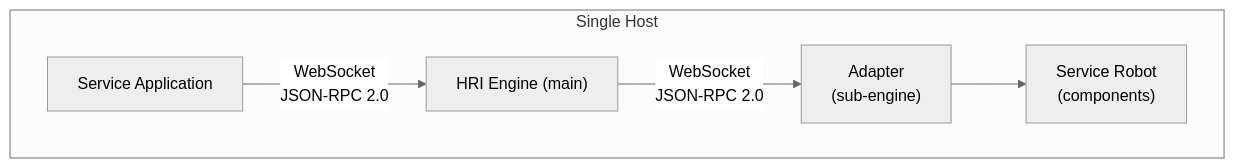
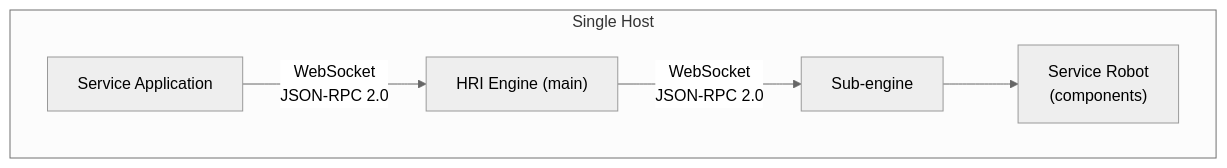
Before and after one commit to openrois/openrois: the eighth of 17 diagrams in docs/white-paper.md, drawn with Mermaid (neutral theme). The commit also changed other lines of this file and 48 other files, not shown here.

First line of the commit message:
docs: align architecture diagram and terminology across public docs

````diff
--- a/docs/white-paper.md
+++ b/docs/white-paper.md
@@ -1265,12 +1285,12 @@
 ```mermaid
 flowchart TB
     subgraph Host["Single Host"]
         App["Service Application"]
         GW["HRI Engine (main)"]
-        Adapter["Adapter<br/>(sub-engine)"]
+        SubEngine["Sub-engine"]
         Robot["Service Robot<br/>(components)"]
         App -->|"WebSocket<br/>JSON-RPC 2.0"| GW
-        GW -->|"WebSocket<br/>JSON-RPC 2.0"| Adapter
-        Adapter --> Robot
+        GW -->|"WebSocket<br/>JSON-RPC 2.0"| SubEngine
+        SubEngine --> Robot
     end
 ```
````
